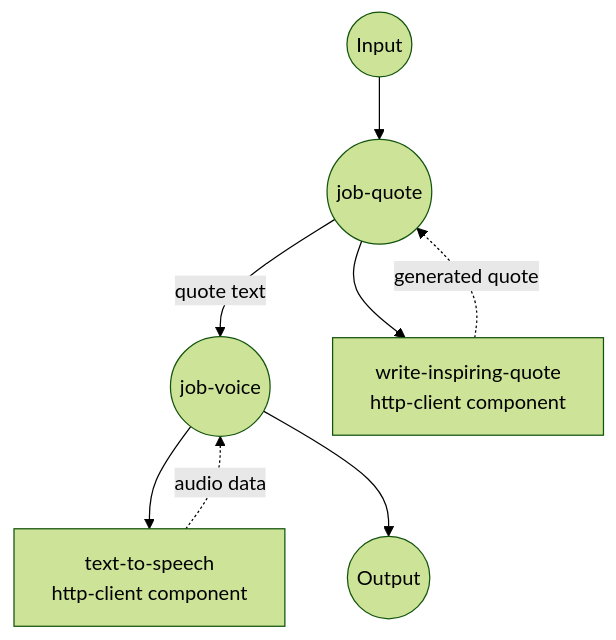
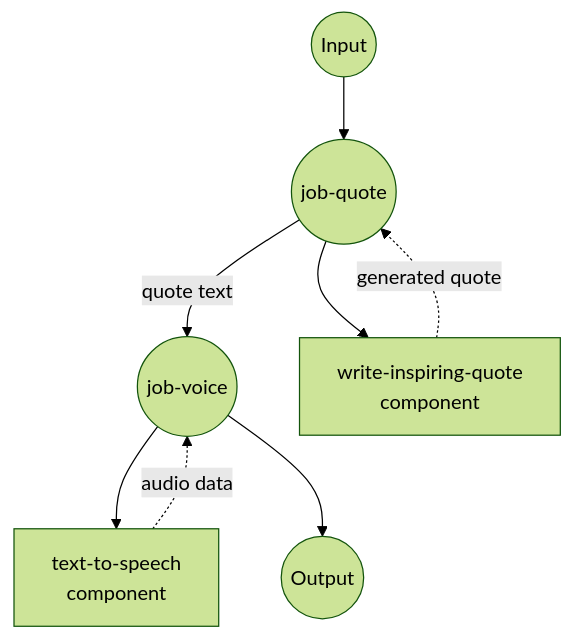
Before and after one commit to hanyeol/model-compose: the diagram in examples/make-inspiring-quote-voice/README.md, drawn with Mermaid (forest theme). The commit also changed other lines of this file and 24 other files, not shown here.

````diff
--- a/examples/make-inspiring-quote-voice/README.md
+++ b/examples/make-inspiring-quote-voice/README.md
@@ -106,23 +119,23 @@
 ```mermaid
 graph TD
     %% Jobs (circles)
     J1((job-quote))
     J2((job-voice))
 
     %% Components (rectangles)
-    C1[write-inspiring-quote<br/>http-client component]
-    C2[text-to-speech<br/>http-client component]
+    C1[write-inspiring-quote<br/>component]
+    C2[text-to-speech<br/>component]
 
     %% Job to component connections (solid: invokes, dotted: returns)
     J1 --> C1
     C1 -.-> |generated quote| J1
     J2 --> C2
     C2 -.-> |audio data| J2
 
     %% Job flow with dependencies
     J1 --> |quote text| J2
 
     %% Input/Output
     Input((Input)) --> J1
     J2 --> Output((Output))
 ```
````
